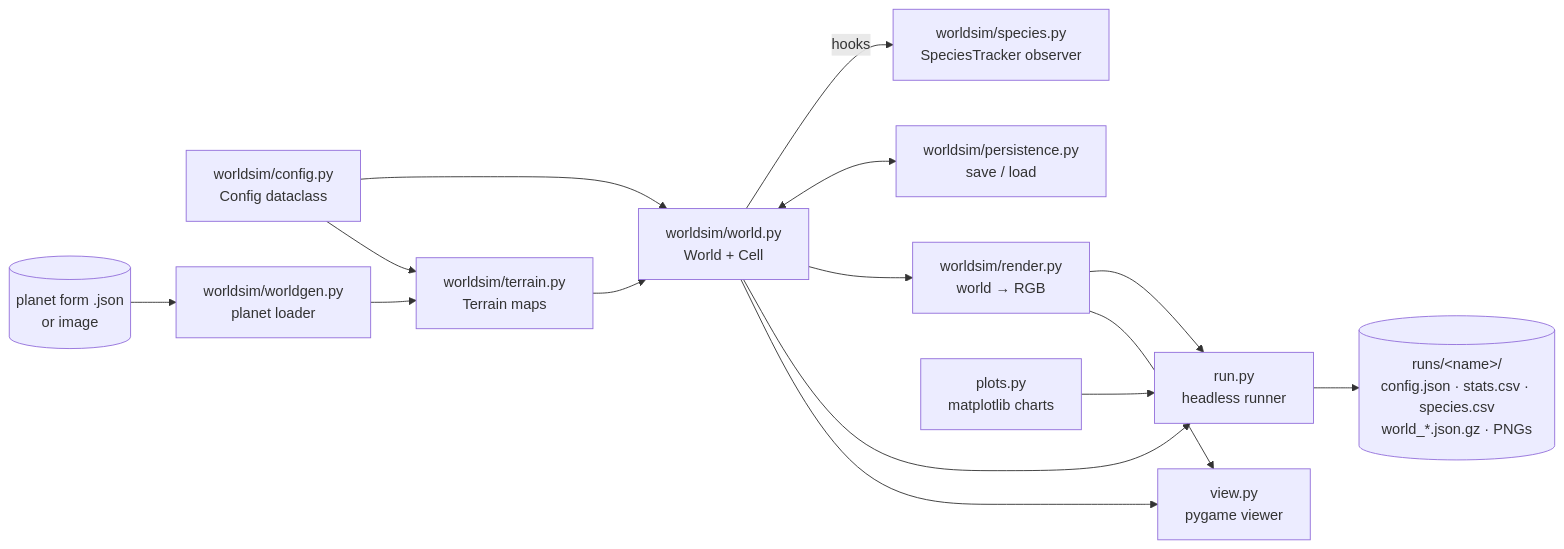
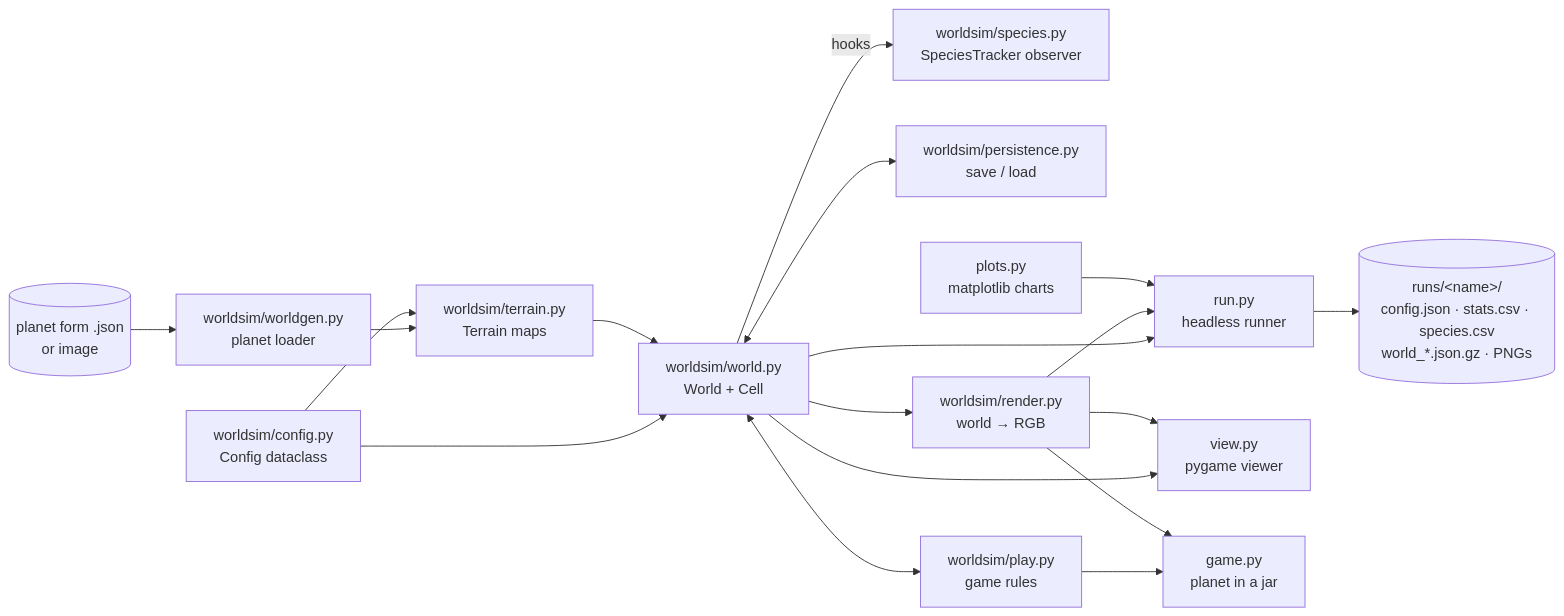
One commit to KydoDev/alife-SkiaWorld changed the diagram in docs/ARCHITECTURE.md. Above: the diagram before and after it, drawn with Mermaid. The commit also changed other lines of this file and 14 other files, not shown here.

First line of the commit message:
feat(game): G1 "planet in a jar" playable prototype

````diff
--- a/docs/ARCHITECTURE.md
+++ b/docs/ARCHITECTURE.md
@@ -7,17 +7,20 @@
 ```mermaid
 flowchart LR
     Config[worldsim/config.py<br/>Config dataclass] --> World[worldsim/world.py<br/>World + Cell]
     Input[(planet form .json<br/>or image)] --> Gen[worldsim/worldgen.py<br/>planet loader]
     Gen --> Terrain[worldsim/terrain.py<br/>Terrain maps]
     Config --> Terrain
     Terrain --> World
     World -- hooks --> Species[worldsim/species.py<br/>SpeciesTracker observer]
     World <--> Persist[worldsim/persistence.py<br/>save / load]
     World --> Render[worldsim/render.py<br/>world → RGB]
     World --> Run[run.py<br/>headless runner]
     Render --> Run
     Plots[plots.py<br/>matplotlib charts] --> Run
     World --> View[view.py<br/>pygame viewer]
+    World <--> Play[worldsim/play.py<br/>game rules]
+    Play --> Game[game.py<br/>planet in a jar]
+    Render --> Game
     Render --> View
     Run --> Out[(runs/&lt;name&gt;/<br/>config.json · stats.csv · species.csv<br/>world_*.json.gz · PNGs)]
 ```
````
